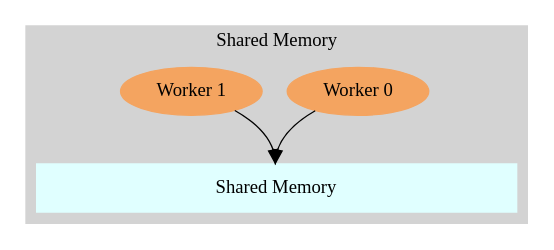
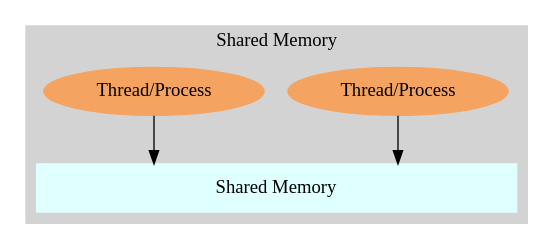
The diagram in figs/graphviz/shared_memory.dot (weberd6/thesis), drawn with Graphviz before and after one commit. The commit also changed 10 other files, not shown here.

```diff
--- a/figs/graphviz/shared_memory.dot
+++ b/figs/graphviz/shared_memory.dot
@@ -1,14 +1,21 @@
 digraph shared_memory {
 
+    splines = ortho;
+
     subgraph cluster_sm {
-        sm [label = "<n0> | <s0> Shared Memory | <n1>", shape = record, width = 5, style = filled, color = lightcyan];
-        w_0 [label = "Worker 0", style = filled, color = sandybrown];
-        w_1 [label = "Worker 1", style = filled, color = sandybrown];
+
+        sm [label = "<n0> | <s0> Shared Memory | <n1>", shape = record, width = 5, style = filled,
+            color = lightcyan];
+
+        w_0 [label = "Thread/Process", style = filled, color = sandybrown];
+        w_1 [label = "Thread/Process", style = filled, color = sandybrown];
+
         "w_0" -> "sm":s0;
         "w_1" -> "sm":s0;
+
         style = filled;
         color = lightgrey;
         label = "Shared Memory";
     }
 
 }
```
